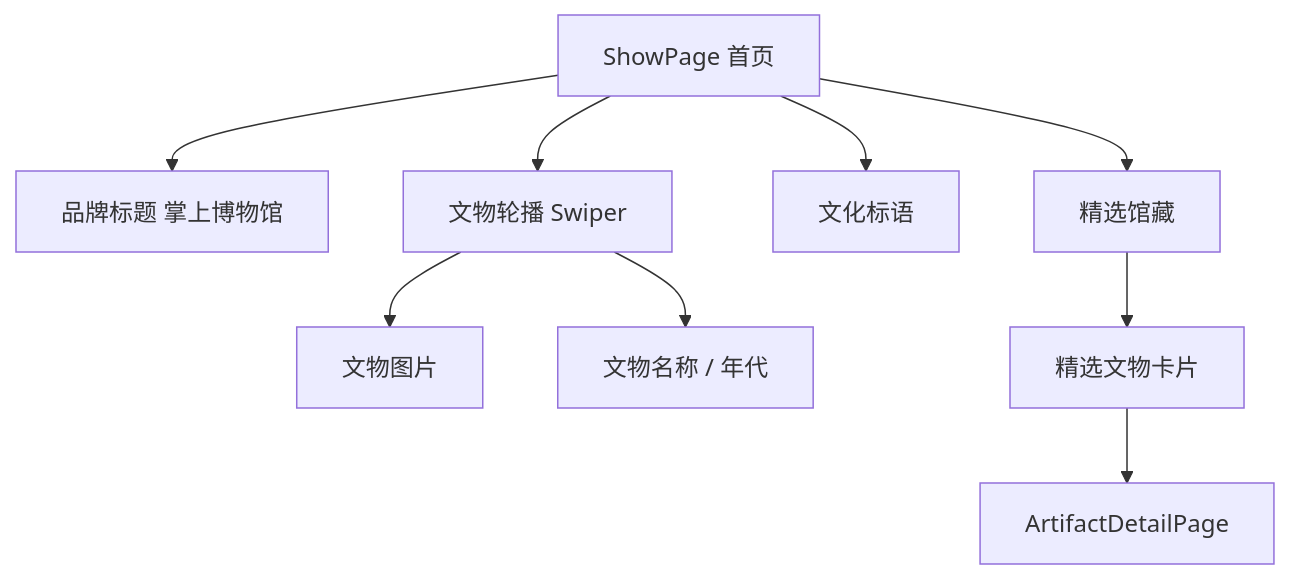
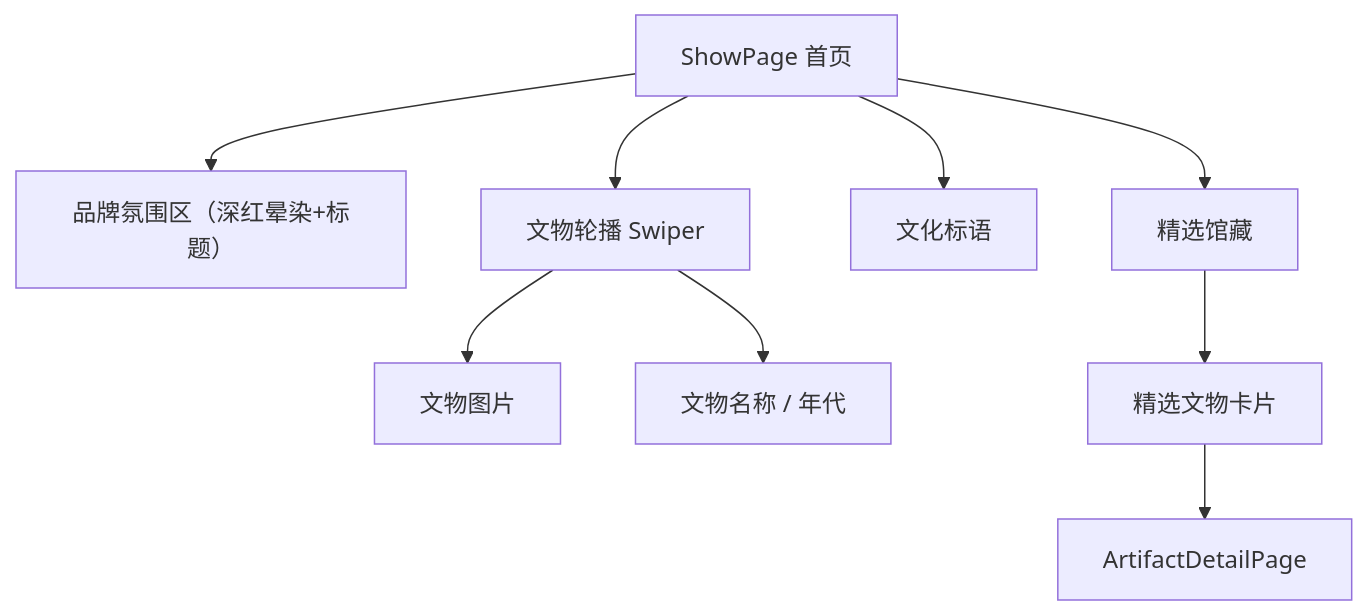
The third of 18 diagrams in Doc/设计文档.md (BUCT-CS2301/PalmMuseum), drawn with Mermaid before and after one commit. The commit also changed other lines of this file, not shown here.

````diff
--- a/Doc/设计文档.md
+++ b/Doc/设计文档.md
@@ -435,11 +355,11 @@
 ```mermaid
 flowchart TD
-    A["ShowPage 首页"] --> B["品牌标题 掌上博物馆"]
+    A["ShowPage 首页"] --> B["品牌氛围区（深红晕染+标题）"]
     A --> C["文物轮播 Swiper"]
     C --> C1["文物图片"]
     C --> C2["文物名称 / 年代"]
     A --> D["文化标语"]
     A --> E["精选馆藏"]
     E --> E1["精选文物卡片"]
     E1 --> F["ArtifactDetailPage"]
 ```
````
